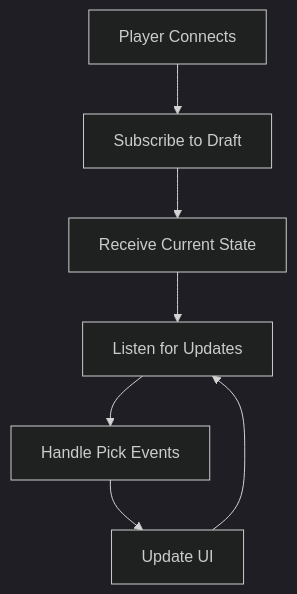
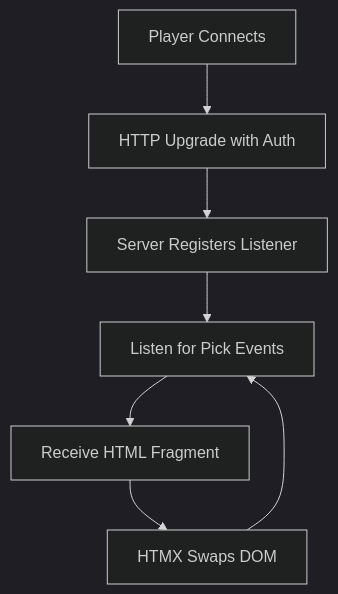
Before and after one commit to squirlemaster42/fantasy-frc-web: the second of 2 diagrams in docs/api/websocket-api.md, drawn with Mermaid (dark theme). The commit also changed other lines of this file and 35 other files, not shown here.

````diff
--- a/docs/api/websocket-api.md
+++ b/docs/api/websocket-api.md
@@ -38,9 +40,9 @@
 ```mermaid
 graph TD
-    A[Player Connects] --> B[Subscribe to Draft]
-    B --> C[Receive Current State]
-    C --> D[Listen for Updates]
-    D --> E[Handle Pick Events]
-    E --> F[Update UI]
+    A[Player Connects] --> B[HTTP Upgrade with Auth]
+    B --> C[Server Registers Listener]
+    C --> D[Listen for Pick Events]
+    D --> E[Receive HTML Fragment]
+    E --> F[HTMX Swaps DOM]
     F --> D
 ```
````
